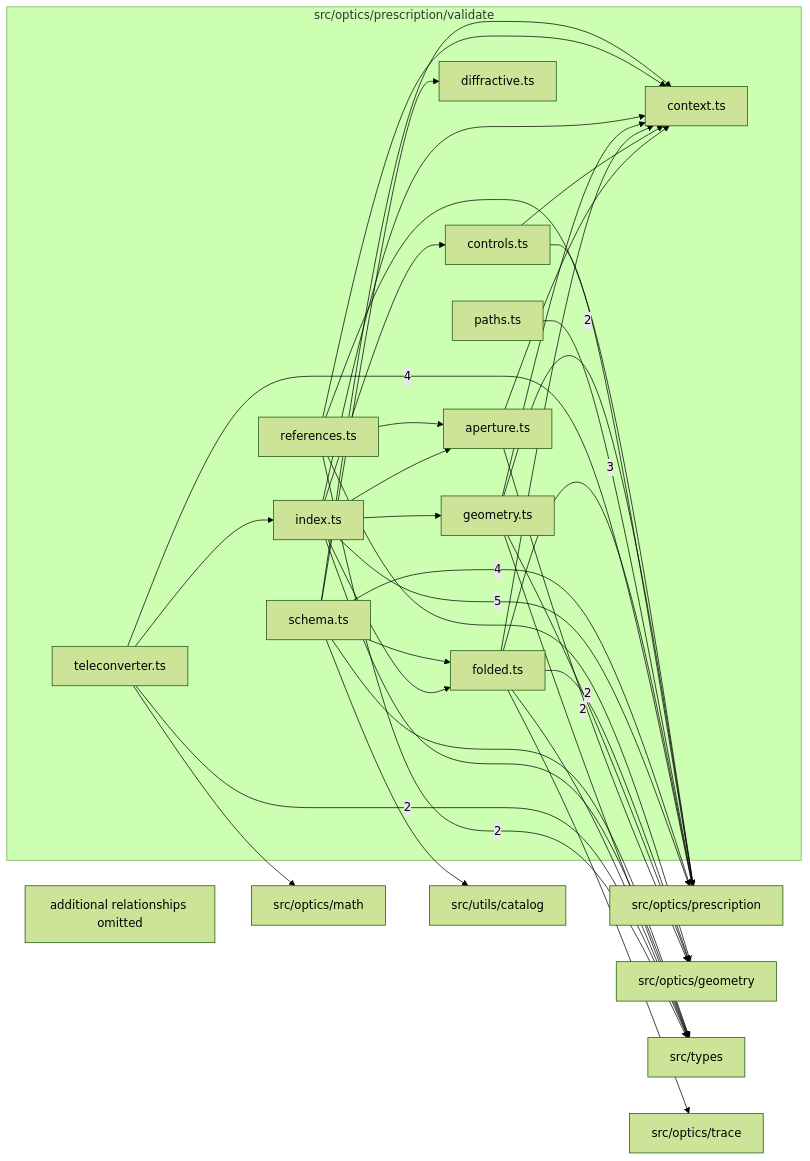
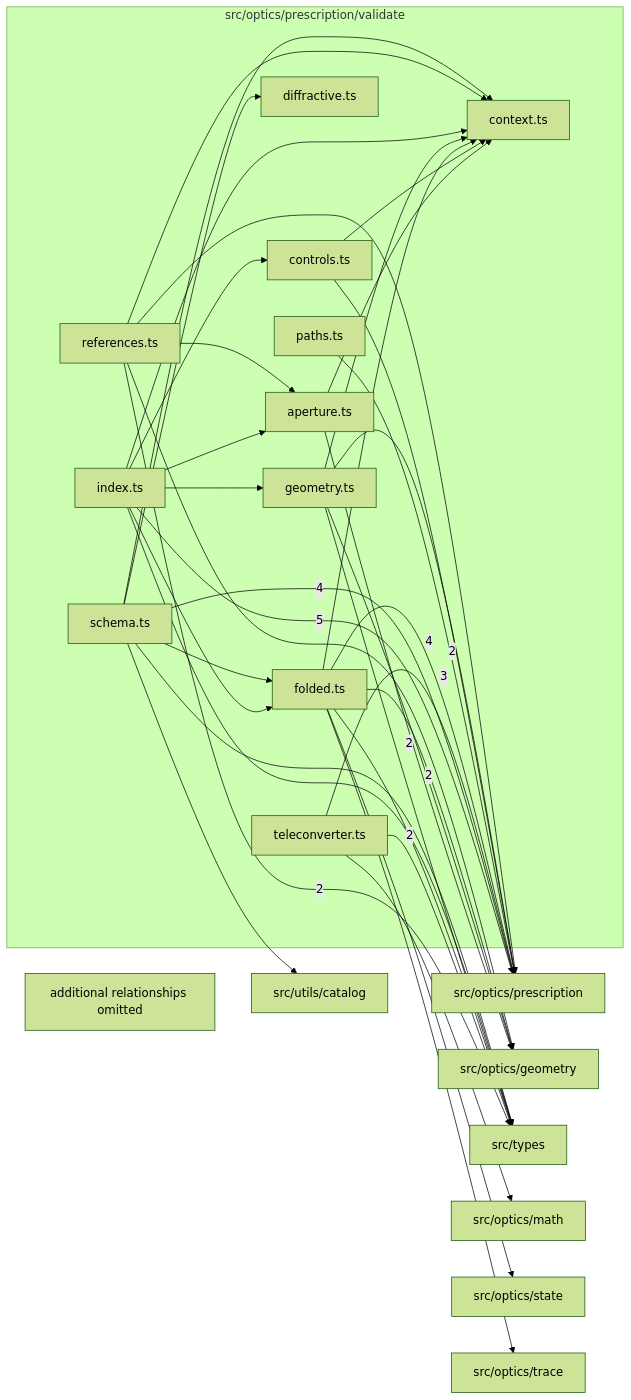
Before and after one commit to BeamFour/LensVisualizer: the diagram in src/optics/prescription/validate/readme.md, drawn with Mermaid (forest theme). The commit also changed other lines of this file and 44 other files, not shown here.

````diff
--- a/src/optics/prescription/validate/readme.md
+++ b/src/optics/prescription/validate/readme.md
@@ -9,59 +9,60 @@
 ```mermaid
 flowchart LR
   subgraph n_src_optics_prescription_validate["src/optics/prescription/validate"]
     n_src_optics_prescription_validate_src_optics_prescription_validate_aperture_ts["aperture.ts"]
     n_src_optics_prescription_validate_src_optics_prescription_validate_context_ts["context.ts"]
     n_src_optics_prescription_validate_src_optics_prescription_validate_controls_ts["controls.ts"]
     n_src_optics_prescription_validate_src_optics_prescription_validate_diffractive_ts["diffractive.ts"]
     n_src_optics_prescription_validate_src_optics_prescription_validate_folded_ts["folded.ts"]
     n_src_optics_prescription_validate_src_optics_prescription_validate_geometry_ts["geometry.ts"]
     n_src_optics_prescription_validate_src_optics_prescription_validate_index_ts["index.ts"]
     n_src_optics_prescription_validate_src_optics_prescription_validate_paths_ts["paths.ts"]
     n_src_optics_prescription_validate_src_optics_prescription_validate_references_ts["references.ts"]
     n_src_optics_prescription_validate_src_optics_prescription_validate_schema_ts["schema.ts"]
     n_src_optics_prescription_validate_src_optics_prescription_validate_teleconverter_ts["teleconverter.ts"]
   end
   n_external_src_optics_prescription["src/optics/prescription"]
   n_external_src_optics_geometry["src/optics/geometry"]
   n_external_src_types["src/types"]
   n_external_src_optics_math["src/optics/math"]
+  n_external_src_optics_state["src/optics/state"]
   n_external_src_optics_trace["src/optics/trace"]
   n_external_src_utils_catalog["src/utils/catalog"]
   n_src_optics_prescription_validate_src_optics_prescription_validate_index_ts --> |5| n_external_src_optics_prescription
   n_src_optics_prescription_validate_src_optics_prescription_validate_schema_ts --> |4| n_external_src_optics_prescription
   n_src_optics_prescription_validate_src_optics_prescription_validate_teleconverter_ts --> |4| n_external_src_optics_prescription
   n_src_optics_prescription_validate_src_optics_prescription_validate_folded_ts --> |3| n_external_src_optics_prescription
   n_src_optics_prescription_validate_src_optics_prescription_validate_aperture_ts --> |2| n_external_src_optics_geometry
   n_src_optics_prescription_validate_src_optics_prescription_validate_geometry_ts --> |2| n_external_src_optics_geometry
   n_src_optics_prescription_validate_src_optics_prescription_validate_paths_ts --> |2| n_external_src_optics_prescription
   n_src_optics_prescription_validate_src_optics_prescription_validate_references_ts --> |2| n_external_src_types
   n_src_optics_prescription_validate_src_optics_prescription_validate_teleconverter_ts --> |2| n_external_src_types
   n_src_optics_prescription_validate_src_optics_prescription_validate_folded_ts --> n_external_src_optics_geometry
   n_src_optics_prescription_validate_src_optics_prescription_validate_references_ts --> n_external_src_optics_geometry
   n_src_optics_prescription_validate_src_optics_prescription_validate_teleconverter_ts --> n_external_src_optics_math
   n_src_optics_prescription_validate_src_optics_prescription_validate_controls_ts --> n_external_src_optics_prescription
   n_src_optics_prescription_validate_src_optics_prescription_validate_geometry_ts --> n_external_src_optics_prescription
   n_src_optics_prescription_validate_src_optics_prescription_validate_references_ts --> n_external_src_optics_prescription
+  n_src_optics_prescription_validate_src_optics_prescription_validate_folded_ts --> n_external_src_optics_state
   n_src_optics_prescription_validate_src_optics_prescription_validate_folded_ts --> n_external_src_optics_trace
   n_src_optics_prescription_validate_src_optics_prescription_validate_folded_ts --> n_external_src_types
   n_src_optics_prescription_validate_src_optics_prescription_validate_geometry_ts --> n_external_src_types
   n_src_optics_prescription_validate_src_optics_prescription_validate_index_ts --> n_external_src_types
   n_src_optics_prescription_validate_src_optics_prescription_validate_schema_ts --> n_external_src_types
   n_src_optics_prescription_validate_src_optics_prescription_validate_schema_ts --> n_external_src_utils_catalog
   n_src_optics_prescription_validate_src_optics_prescription_validate_index_ts --> n_src_optics_prescription_validate_src_optics_prescription_validate_aperture_ts
   n_src_optics_prescription_validate_src_optics_prescription_validate_references_ts --> n_src_optics_prescription_validate_src_optics_prescription_validate_aperture_ts
   n_src_optics_prescription_validate_src_optics_prescription_validate_aperture_ts --> n_src_optics_prescription_validate_src_optics_prescription_validate_context_ts
   n_src_optics_prescription_validate_src_optics_prescription_validate_controls_ts --> n_src_optics_prescription_validate_src_optics_prescription_validate_context_ts
   n_src_optics_prescription_validate_src_optics_prescription_validate_folded_ts --> n_src_optics_prescription_validate_src_optics_prescription_validate_context_ts
   n_src_optics_prescription_validate_src_optics_prescription_validate_geometry_ts --> n_src_optics_prescription_validate_src_optics_prescription_validate_context_ts
   n_src_optics_prescription_validate_src_optics_prescription_validate_index_ts --> n_src_optics_prescription_validate_src_optics_prescription_validate_context_ts
   n_src_optics_prescription_validate_src_optics_prescription_validate_references_ts --> n_src_optics_prescription_validate_src_optics_prescription_validate_context_ts
   n_src_optics_prescription_validate_src_optics_prescription_validate_schema_ts --> n_src_optics_prescription_validate_src_optics_prescription_validate_context_ts
   n_src_optics_prescription_validate_src_optics_prescription_validate_index_ts --> n_src_optics_prescription_validate_src_optics_prescription_validate_controls_ts
   n_src_optics_prescription_validate_src_optics_prescription_validate_schema_ts --> n_src_optics_prescription_validate_src_optics_prescription_validate_diffractive_ts
   n_src_optics_prescription_validate_src_optics_prescription_validate_index_ts --> n_src_optics_prescription_validate_src_optics_prescription_validate_folded_ts
   n_src_optics_prescription_validate_src_optics_prescription_validate_schema_ts --> n_src_optics_prescription_validate_src_optics_prescription_validate_folded_ts
   n_src_optics_prescription_validate_src_optics_prescription_validate_index_ts --> n_src_optics_prescription_validate_src_optics_prescription_validate_geometry_ts
-  n_src_optics_prescription_validate_src_optics_prescription_validate_teleconverter_ts --> n_src_optics_prescription_validate_src_optics_prescription_validate_index_ts
   n_src_optics_prescription_validate_truncated["additional relationships omitted"]
 ```
````
